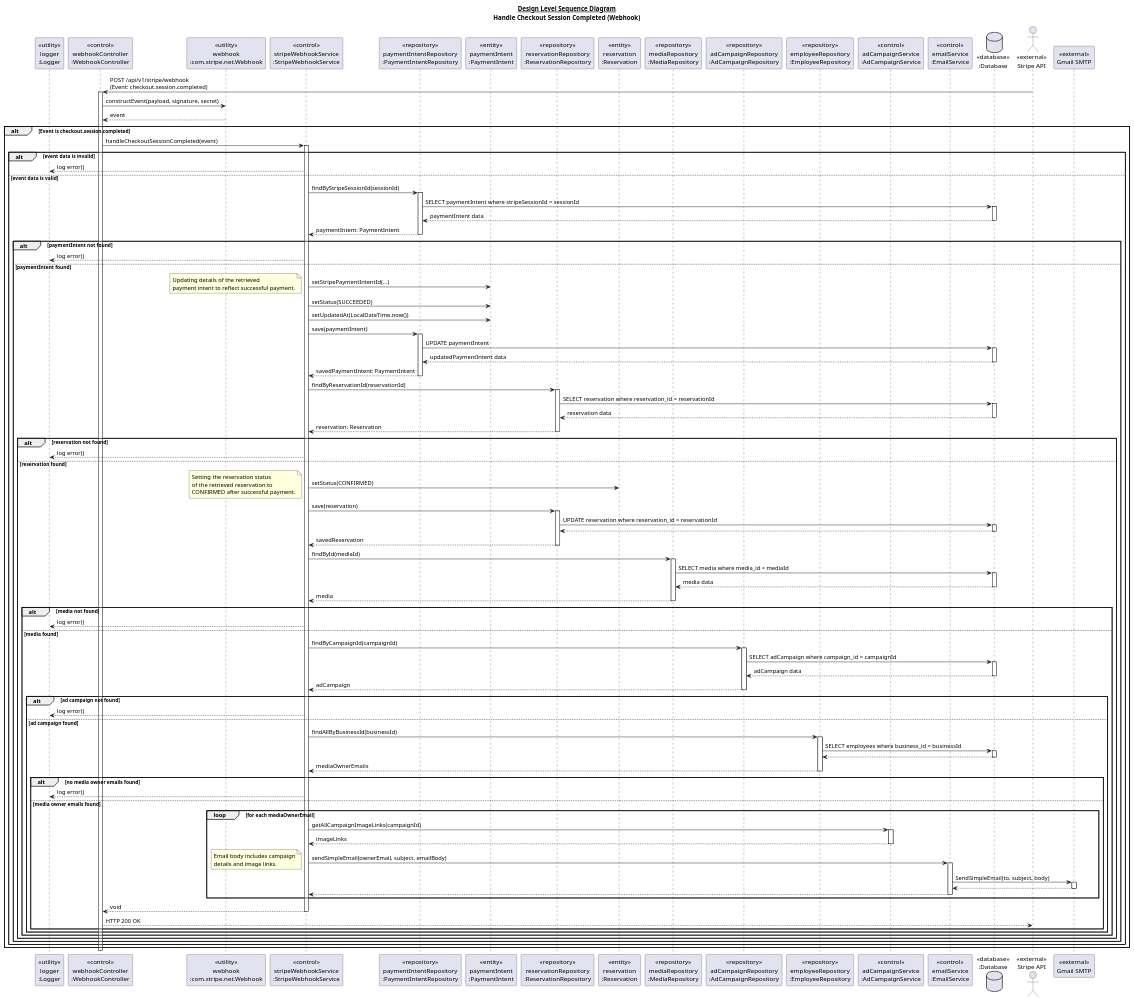
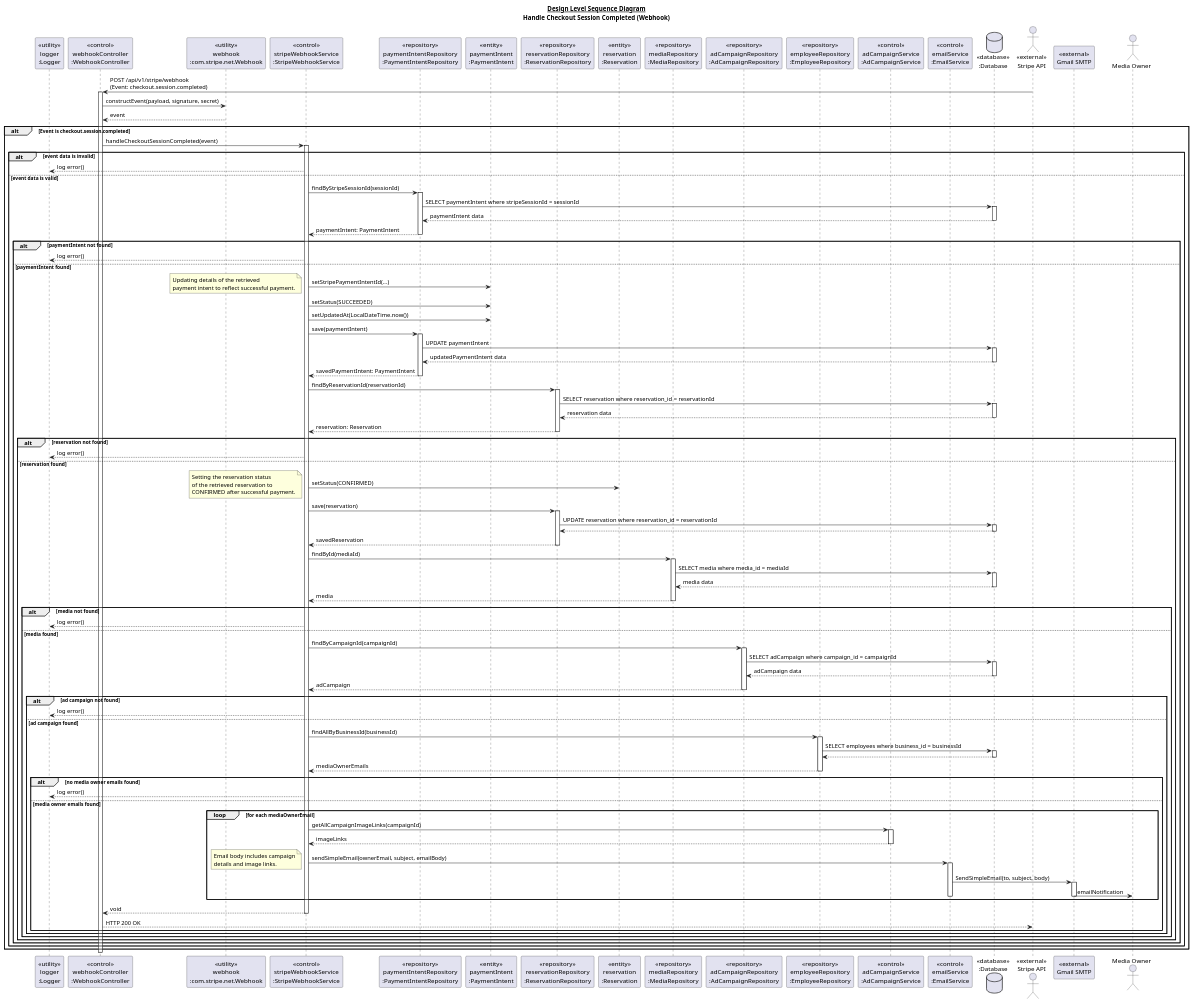
The diagram in docs/diagrams/sequence diagrams/design-level/publish-ad-campaign-DLSD-part3-webhook.puml (anvsult/envision-ad), drawn with PlantUML before and after one commit. The commit also changed 3 other files, not shown here.

Commit message:
Updated diagrams

```diff
--- a/docs/diagrams/sequence diagrams/design-level/publish-ad-campaign-DLSD-part3-webhook.puml
+++ b/docs/diagrams/sequence diagrams/design-level/publish-ad-campaign-DLSD-part3-webhook.puml
@@ -1,192 +1,192 @@
 @startuml
 
 title <u>Design Level Sequence Diagram</u>\nHandle Checkout Session Completed (Webhook)
 
 
 participant "<<utility>>\nlogger\n:Logger" as Logger
 participant "<<control>>\nwebhookController\n:WebhookController" as Controller
 participant "<<utility>>\nwebhook\n:com.stripe.net.Webhook" as StripeUtil
 participant "<<control>>\nstripeWebhookService\n:StripeWebhookService" as Service
 
 participant "<<repository>>\npaymentIntentRepository\n:PaymentIntentRepository" as PaymentRepo
 participant "<<entity>>\npaymentIntent\n:PaymentIntent" as Payment
 
 participant "<<repository>>\nreservationRepository\n:ReservationRepository" as ReservationRepo
 participant "<<entity>>\nreservation\n:Reservation" as Reservation
 
 participant "<<repository>>\nmediaRepository\n:MediaRepository" as MediaRepo
 participant "<<repository>>\nadCampaignRepository\n:AdCampaignRepository" as CampaignRepo
 participant "<<repository>>\nemployeeRepository\n:EmployeeRepository" as EmployeeRepo
 
 participant "<<control>>\nadCampaignService\n:AdCampaignService" as CampaignService
 participant "<<control>>\nemailService\n:EmailService" as EmailService
 
 database "<<database>>\n:Database" as DB
 actor "<<external>>\nStripe API" as StripeAPI
 participant "<<external>>\nGmail SMTP" as GmailAPI
+actor "Media Owner" as MediaOwner
 
 
 StripeAPI -> Controller: POST /api/v1/stripe/webhook\n(Event: checkout.session.completed)
 activate Controller
 
 Controller -> StripeUtil: constructEvent(payload, signature, secret)
 StripeUtil --> Controller: event
 
 alt Event is checkout.session.completed
 
     Controller -> Service: handleCheckoutSessionCompleted(event)
     activate Service
 
     alt event data is invalid
         Service --> Logger: log error()
     else event data is valid
 
     Service -> PaymentRepo: findByStripeSessionId(sessionId)
     activate PaymentRepo
     PaymentRepo -> DB: SELECT paymentIntent where stripeSessionId = sessionId
     activate DB
     DB --> PaymentRepo: paymentIntent data
     deactivate DB
     PaymentRepo --> Service: paymentIntent: PaymentIntent
     deactivate PaymentRepo
 
     alt paymentIntent not found
         Service --> Logger: log error()
     else paymentIntent found
 
     Service -> Payment: setStripePaymentIntentId(...)
     note left
         Updating details of the retrieved
         payment intent to reflect successful payment.
     end note
     Service -> Payment: setStatus(SUCCEEDED)
     Service -> Payment: setUpdatedAt(LocalDateTime.now())
 
 
     Service -> PaymentRepo: save(paymentIntent)
     activate PaymentRepo
     PaymentRepo -> DB: UPDATE paymentIntent
     activate DB
     DB --> PaymentRepo: updatedPaymentIntent data
     deactivate DB
     PaymentRepo --> Service: savedPaymentIntent: PaymentIntent
     deactivate PaymentRepo
 
 '    Service -> Service: updateReservationStatus(reservationId, ReservationStatus.CONFIRMED)
 '    activate Service
 '    note left of Service #aqua
 '      The following sequence details the logic
 '      inside the 'updateReservationStatus' method.
 '    end note
 
 
 
 
     Service -> ReservationRepo: findByReservationId(reservationId)
     activate ReservationRepo
     ReservationRepo -> DB: SELECT reservation where reservation_id = reservationId
     activate DB
     DB --> ReservationRepo: reservation data
     deactivate DB
     ReservationRepo --> Service: reservation: Reservation
     deactivate ReservationRepo
 
     alt reservation not found
         Service --> Logger: log error()
     else reservation found
 
     Service -> Reservation: setStatus(CONFIRMED)
 
     note left
       Setting the reservation status
       of the retrieved reservation to
       CONFIRMED after successful payment.
     end note
 
     Service -> ReservationRepo: save(reservation)
     activate ReservationRepo
     ReservationRepo -> DB: UPDATE reservation where reservation_id = reservationId
     activate DB
     DB --> ReservationRepo
     deactivate DB
     ReservationRepo --> Service: savedReservation
     deactivate ReservationRepo
 
     Service -> MediaRepo: findById(mediaId)
     activate MediaRepo
     MediaRepo -> DB: SELECT media where media_id = mediaId
     activate DB
     DB --> MediaRepo: media data
     deactivate DB
     MediaRepo --> Service: media
     deactivate MediaRepo
 
     alt media not found
         Service --> Logger: log error()
     else media found
 
     Service -> CampaignRepo: findByCampaignId(campaignId)
     activate CampaignRepo
     CampaignRepo -> DB: SELECT adCampaign where campaign_id = campaignId
     activate DB
     DB --> CampaignRepo: adCampaign data
     deactivate DB
     CampaignRepo --> Service: adCampaign
     deactivate CampaignRepo
 
     alt ad campaign not found
         Service --> Logger: log error()
     else ad campaign found
 
     Service -> EmployeeRepo: findAllByBusinessId(businessId)
     activate EmployeeRepo
     EmployeeRepo -> DB: SELECT employees where business_id = businessId
     activate DB
     DB --> EmployeeRepo
     deactivate DB
     EmployeeRepo --> Service: mediaOwnerEmails
     deactivate EmployeeRepo
 
     alt no media owner emails found
         Service --> Logger: log error()
     else media owner emails found
 
     loop for each mediaOwnerEmail
 
         Service -> CampaignService: getAllCampaignImageLinks(campaignId)
         activate CampaignService
         CampaignService --> Service: imageLinks
         deactivate CampaignService
 
         Service -> EmailService: sendSimpleEmail(ownerEmail, subject, emailBody)
         note left
             Email body includes campaign
             details and image links.
         end note
         activate EmailService
         EmailService -> GmailAPI: SendSimpleEmail(to, subject, body)
         activate GmailAPI
-        GmailAPI --> EmailService
+        GmailAPI -> MediaOwner: emailNotification
         deactivate GmailAPI
-        EmailService --> Service
         deactivate EmailService
 '        deactivate Service
     end loop
     Service --> Controller: void
     deactivate Service
 
     Controller --> StripeAPI: HTTP 200 OK
 
     end alt
     end alt
     end alt
     end alt
     end alt
     end alt
 
 
 end
 
 deactivate Controller
 
 @enduml
```
